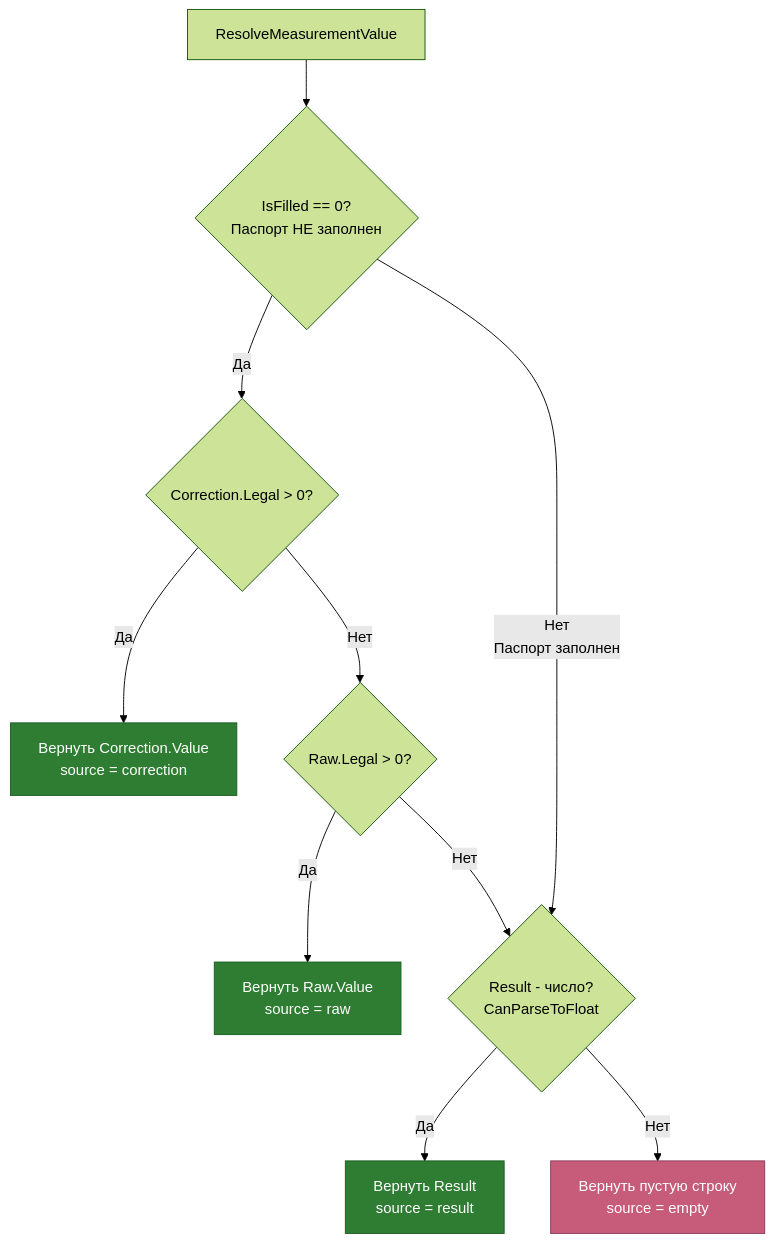
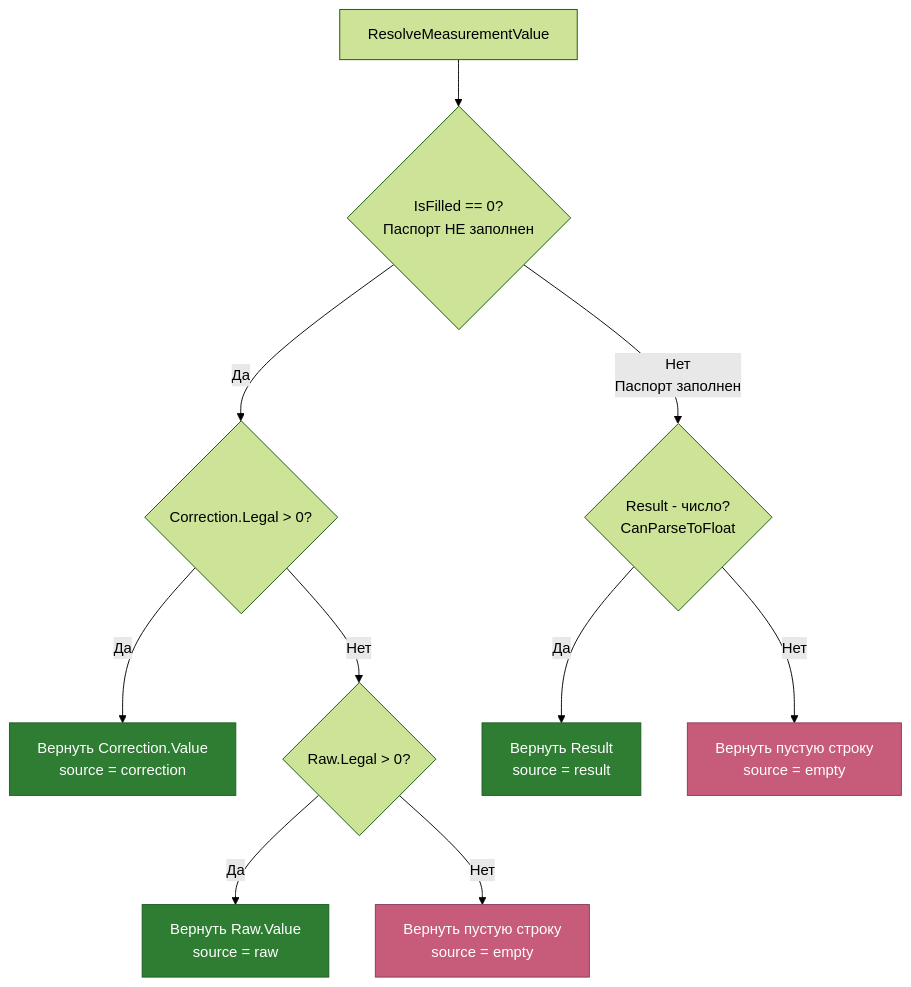
The second of 5 diagrams in docs/architecture/passport-editor.md (tn-ivk/tn-doc), drawn with Mermaid (forest theme) before and after one commit. The commit also changed other lines of this file, not shown here.

````diff
--- a/docs/architecture/passport-editor.md
+++ b/docs/architecture/passport-editor.md
@@ -342,20 +342,21 @@
 ```mermaid
 flowchart TD
     A[ResolveMeasurementValue] --> B{IsFilled == 0?<br/>Паспорт НЕ заполнен}
 
     B -->|Да| C{Correction.Legal > 0?}
     C -->|Да| C1[Вернуть Correction.Value<br/>source = correction]
     C -->|Нет| D{Raw.Legal > 0?}
     D -->|Да| D1[Вернуть Raw.Value<br/>source = raw]
-    D -->|Нет| E{Result - число?<br/>CanParseToFloat}
+    D -->|Нет| F1[Вернуть пустую строку<br/>source = empty]
 
-    B -->|Нет<br/>Паспорт заполнен| E
+    B -->|Нет<br/>Паспорт заполнен| E{Result - число?<br/>CanParseToFloat}
 
     E -->|Да| E1[Вернуть Result<br/>source = result]
-    E -->|Нет| F[Вернуть пустую строку<br/>source = empty]
+    E -->|Нет| F2[Вернуть пустую строку<br/>source = empty]
 
     style C1 fill:#2e7d32,stroke:#1b5e20,color:#fff
     style D1 fill:#2e7d32,stroke:#1b5e20,color:#fff
     style E1 fill:#2e7d32,stroke:#1b5e20,color:#fff
-    style F fill:#c75b7a,stroke:#8b3a5a,color:#fff
+    style F1 fill:#c75b7a,stroke:#8b3a5a,color:#fff
+    style F2 fill:#c75b7a,stroke:#8b3a5a,color:#fff
 ```
````
